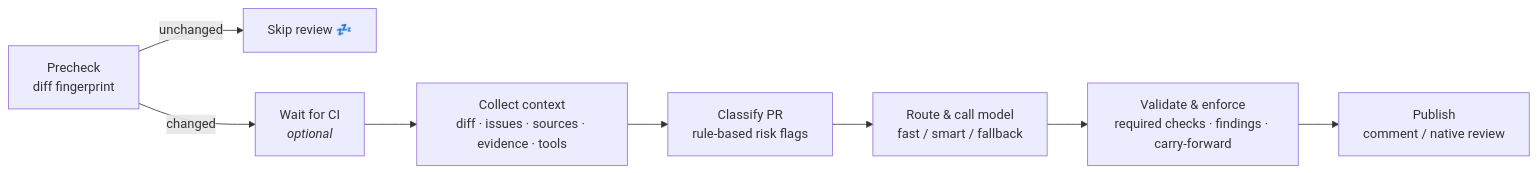
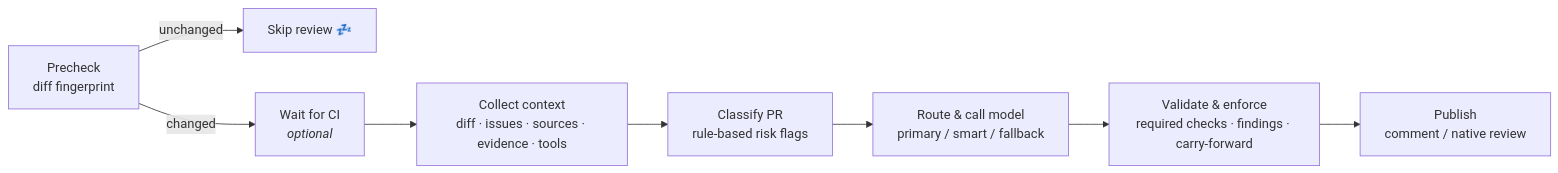
One commit to misospace/pr-reviewer-action changed the diagram in README.md. Above: the diagram before and after it, drawn with Mermaid. The commit also changed other lines of this file and 6 other files, not shown here.

First line of the commit message:
fix(routing): primary route gets full budget; fallback is never the smart tier

````diff
--- a/README.md
+++ b/README.md
@@ -83,10 +83,10 @@
 ```mermaid
 flowchart LR
     A[Precheck<br/>diff fingerprint] -->|unchanged| Z[Skip review 💤]
     A -->|changed| B[Wait for CI<br/><i>optional</i>]
     B --> C[Collect context<br/>diff · issues · sources · evidence · tools]
     C --> D[Classify PR<br/>rule-based risk flags]
-    D --> E[Route & call model<br/>fast / smart / fallback]
+    D --> E[Route & call model<br/>primary / smart / fallback]
     E --> F[Validate & enforce<br/>required checks · findings · carry-forward]
     F --> G[Publish<br/>comment / native review]
 ```
````
